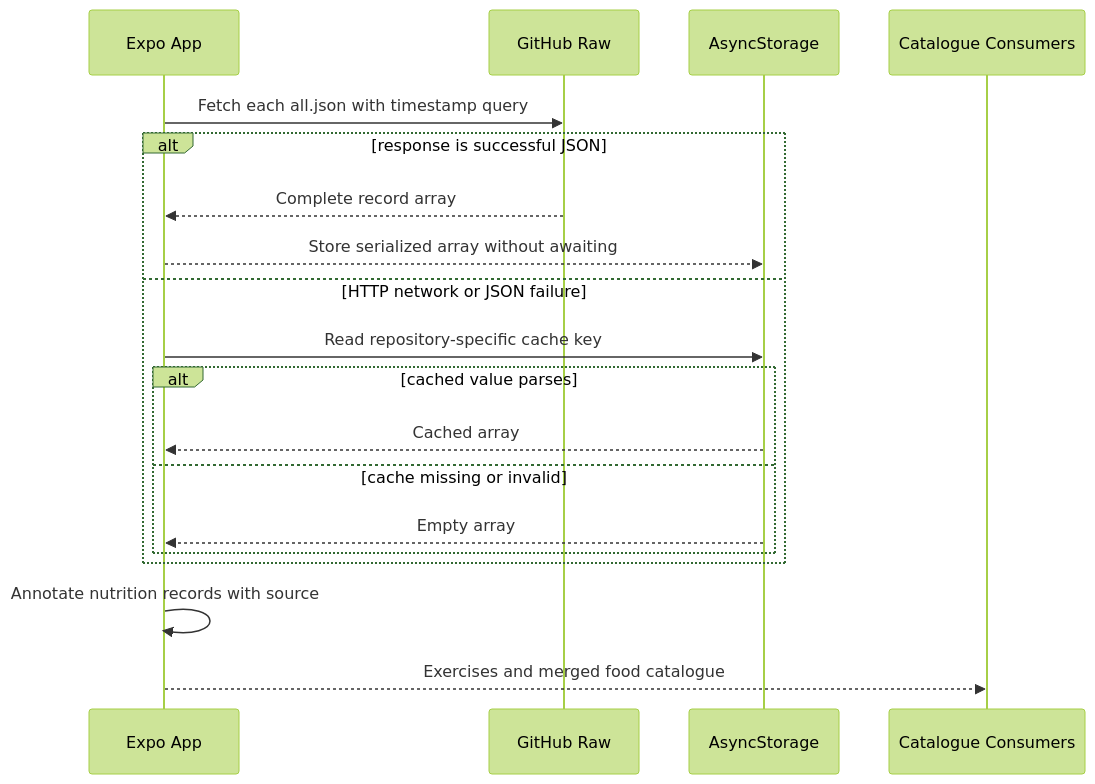
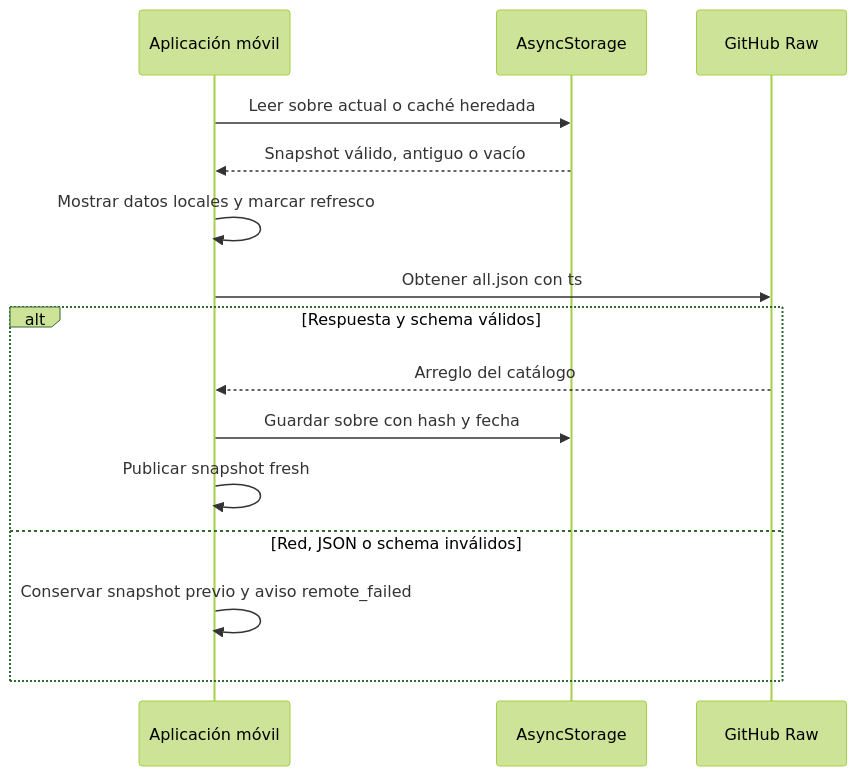
The second of 2 diagrams in openwiki/content/repositories.md (maximofn/gymnasia), drawn with Mermaid (forest theme) before and after one commit. The commit also changed other lines of this file and 27 other files, not shown here.

````diff
--- a/openwiki/content/repositories.md
+++ b/openwiki/content/repositories.md
@@ -106,21 +134,17 @@
 ```mermaid
 sequenceDiagram
-    participant App as Expo App
+    participant App as Aplicación móvil
+    participant Store as AsyncStorage
     participant Raw as GitHub Raw
-    participant Cache as AsyncStorage
-    participant UI as Catalogue Consumers
-    App->>Raw: Fetch each all.json with timestamp query
-    alt response is successful JSON
-        Raw-->>App: Complete record array
-        App-->>Cache: Store serialized array without awaiting
-    else HTTP network or JSON failure
-        App->>Cache: Read repository-specific cache key
-        alt cached value parses
-            Cache-->>App: Cached array
-        else cache missing or invalid
-            Cache-->>App: Empty array
-        end
+    App->>Store: Leer sobre actual o caché heredada
+    Store-->>App: Snapshot válido, antiguo o vacío
+    App->>App: Mostrar datos locales y marcar refresco
+    App->>Raw: Obtener all.json con ts
+    alt Respuesta y schema válidos
+        Raw-->>App: Arreglo del catálogo
+        App->>Store: Guardar sobre con hash y fecha
+        App->>App: Publicar snapshot fresh
+    else Red, JSON o schema inválidos
+        App->>App: Conservar snapshot previo y aviso remote_failed
     end
-    App->>App: Annotate nutrition records with source
-    App-->>UI: Exercises and merged food catalogue
 ```
````
